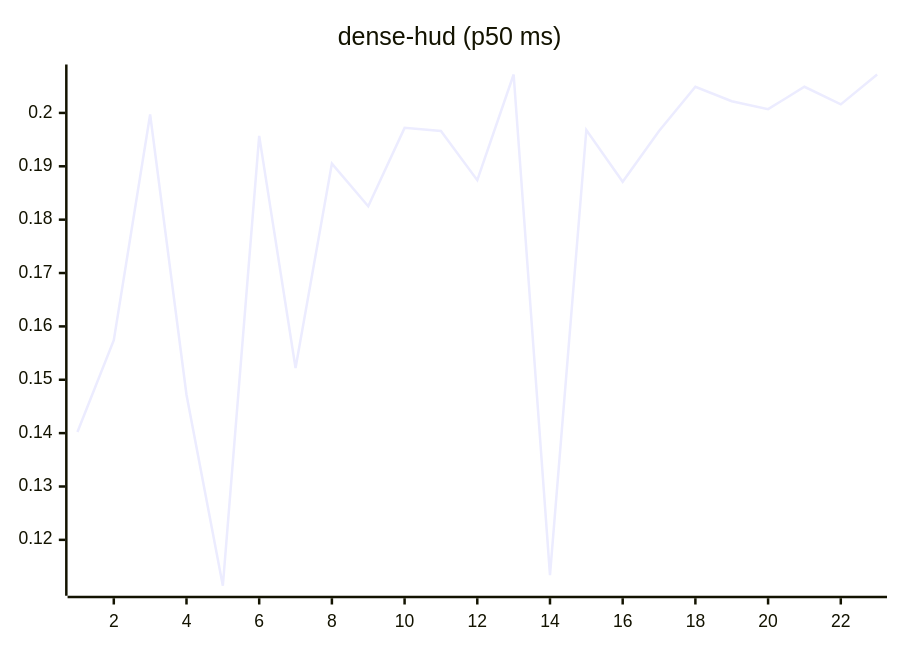
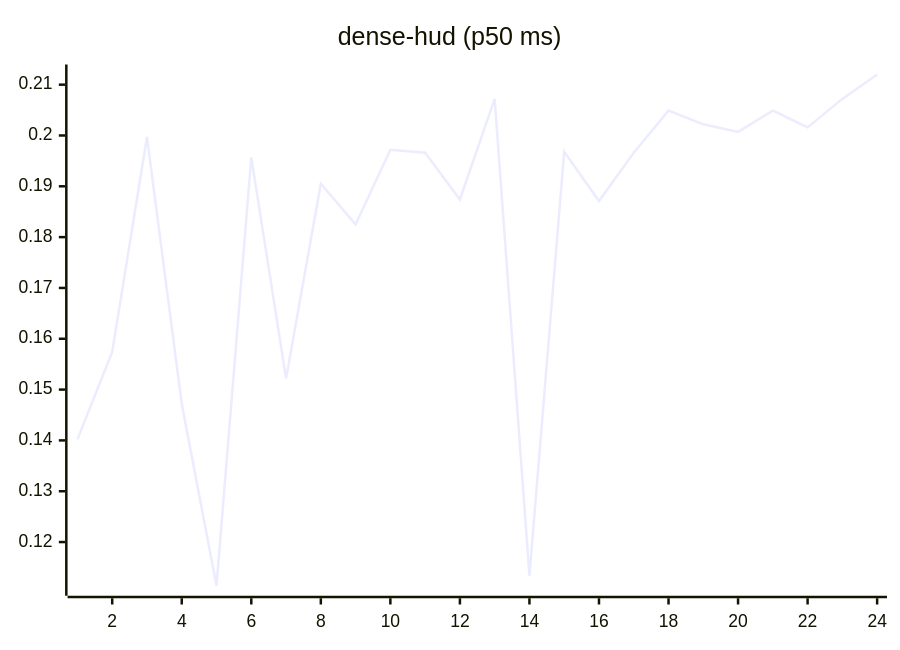
One commit to josha/Facet changed the eighth of 27 diagrams in README.md. Above: the diagram before and after it, drawn with Mermaid. The commit also changed other lines of this file and 2 other files, not shown here.

````diff
--- a/README.md
+++ b/README.md
@@ -112,6 +112,6 @@
 ```mermaid
 xychart-beta
     title "dense-hud (p50 ms)"
-    x-axis 1 --> 23
-    line [0.1402, 0.1574, 0.1997, 0.1472, 0.1114, 0.1957, 0.1522, 0.1905, 0.1825, 0.1972, 0.1966, 0.1874, 0.2072, 0.1134, 0.1968, 0.1871, 0.1966, 0.2049, 0.2022, 0.2007, 0.2049, 0.2016, 0.2072]
+    x-axis 1 --> 24
+    line [0.1402, 0.1574, 0.1997, 0.1472, 0.1114, 0.1957, 0.1522, 0.1905, 0.1825, 0.1972, 0.1966, 0.1874, 0.2072, 0.1134, 0.1968, 0.1871, 0.1966, 0.2049, 0.2022, 0.2007, 0.2049, 0.2016, 0.2072, 0.2120]
 ```
````
